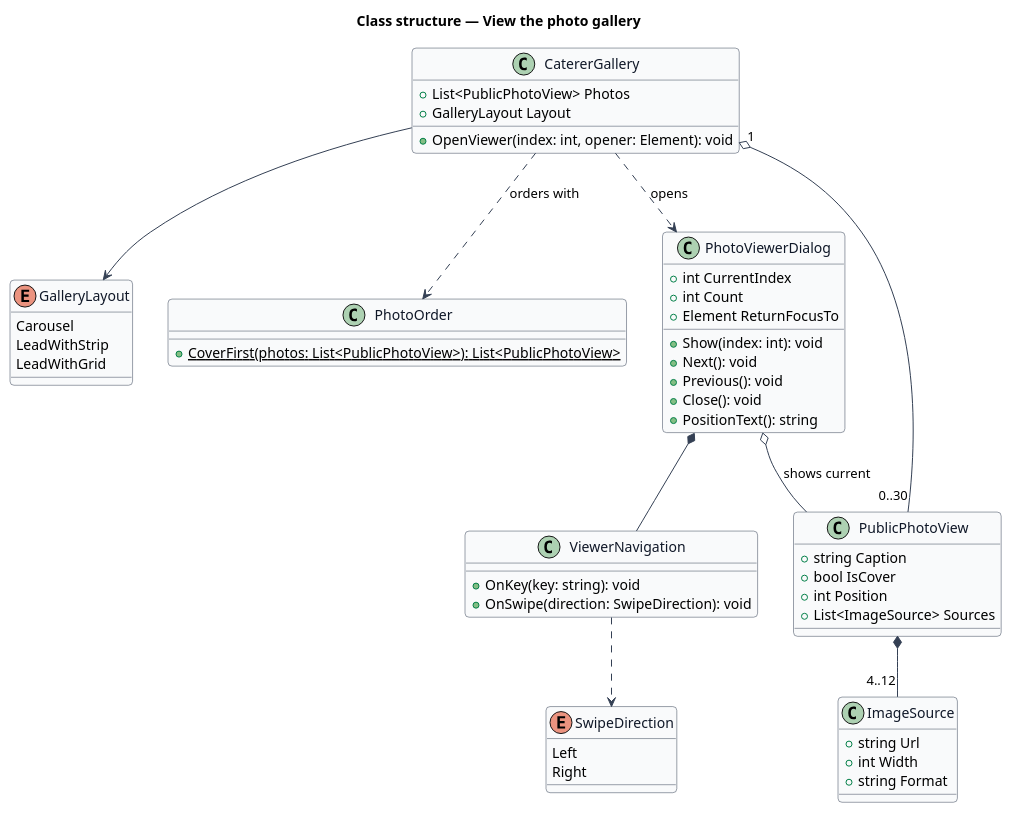
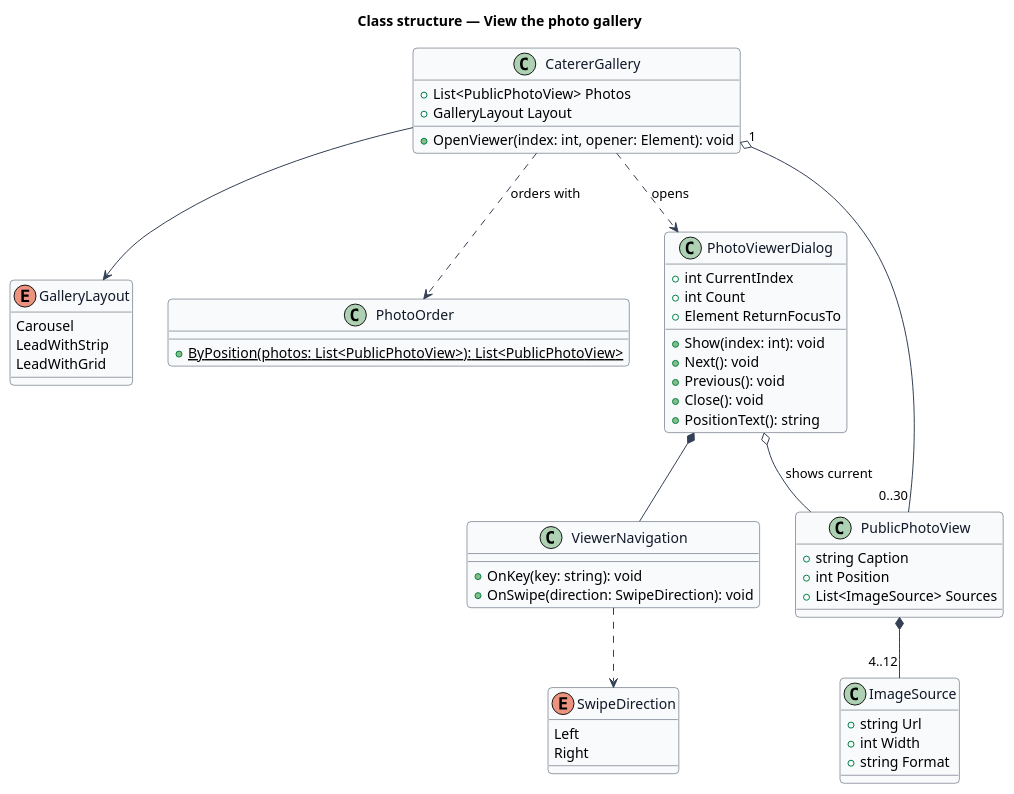
The diagram in docs/detailed-designs/discovery/view-photo-gallery/diagrams/class-structure.puml (QuinntyneBrown/sweet-hand), drawn with PlantUML before and after one commit. The commit also changed 58 other files, not shown here.

```diff
--- a/docs/detailed-designs/discovery/view-photo-gallery/diagrams/class-structure.puml
+++ b/docs/detailed-designs/discovery/view-photo-gallery/diagrams/class-structure.puml
@@ -1,65 +1,64 @@
 @startuml
 skinparam backgroundColor #FFFFFF
 skinparam shadowing false
 skinparam roundcorner 8
 skinparam defaultFontName Arial
 skinparam ArrowColor #344054
 skinparam class {
   BorderColor #344054
   FontColor #101828
   BackgroundColor #F9FAFB
 }
 title Class structure — View the photo gallery
 
 class CatererGallery {
   +List<PublicPhotoView> Photos
   +GalleryLayout Layout
   +OpenViewer(index: int, opener: Element): void
 }
 enum GalleryLayout {
   Carousel
   LeadWithStrip
   LeadWithGrid
 }
 class PhotoOrder {
-  +{static} CoverFirst(photos: List<PublicPhotoView>): List<PublicPhotoView>
+  +{static} ByPosition(photos: List<PublicPhotoView>): List<PublicPhotoView>
 }
 class PhotoViewerDialog {
   +int CurrentIndex
   +int Count
   +Element ReturnFocusTo
   +Show(index: int): void
   +Next(): void
   +Previous(): void
   +Close(): void
   +PositionText(): string
 }
 class ViewerNavigation {
   +OnKey(key: string): void
   +OnSwipe(direction: SwipeDirection): void
 }
 class PublicPhotoView {
   +string Caption
-  +bool IsCover
   +int Position
   +List<ImageSource> Sources
 }
 class ImageSource {
   +string Url
   +int Width
   +string Format
 }
 enum SwipeDirection {
   Left
   Right
 }
 
 CatererGallery --> GalleryLayout
 CatererGallery "1" o-- "0..30" PublicPhotoView
 CatererGallery ..> PhotoOrder : orders with
 CatererGallery ..> PhotoViewerDialog : opens
 PhotoViewerDialog *-- ViewerNavigation
 PhotoViewerDialog o-- PublicPhotoView : shows current
 PublicPhotoView *-- "4..12" ImageSource
 ViewerNavigation ..> SwipeDirection
 @enduml
```
